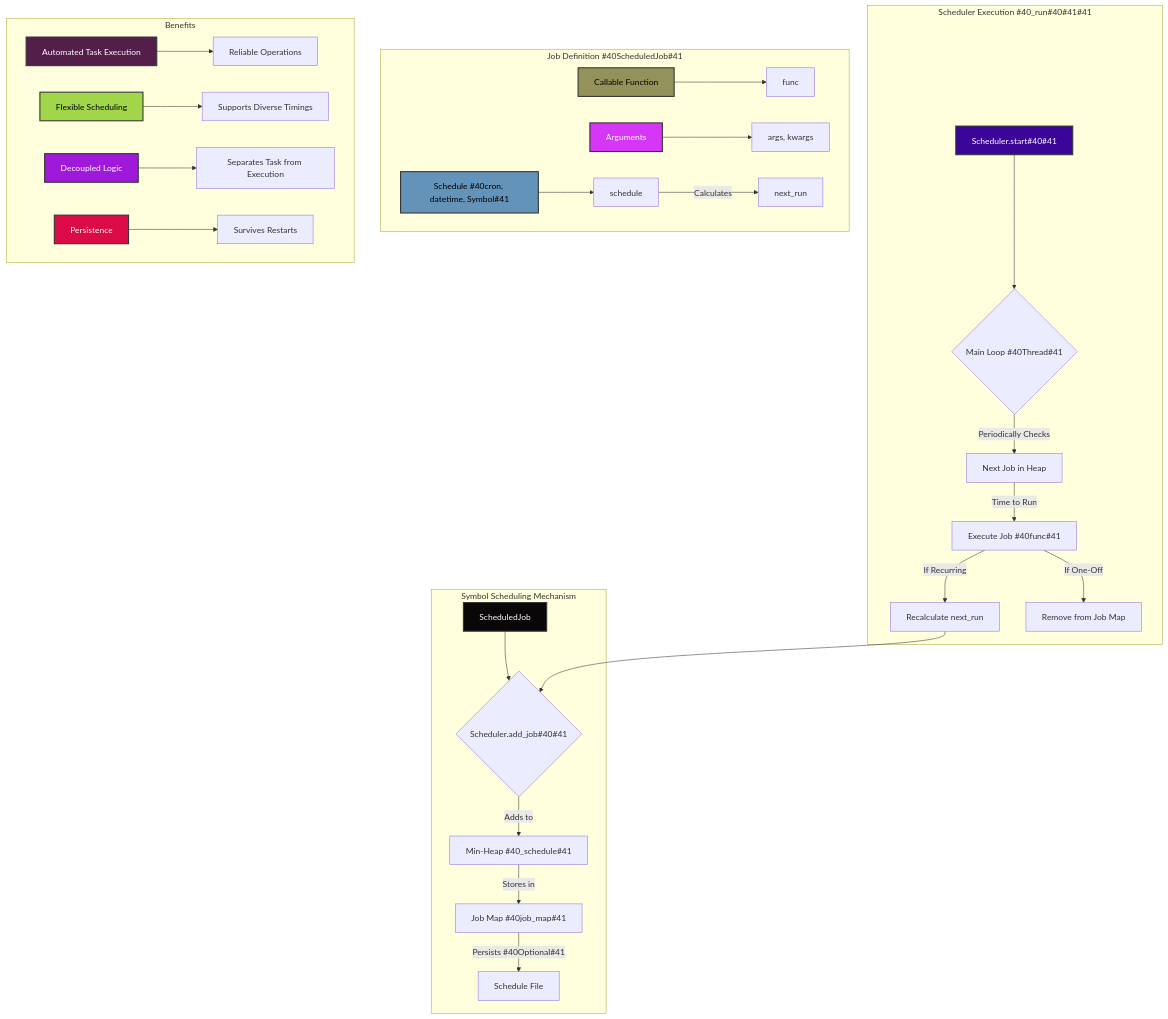
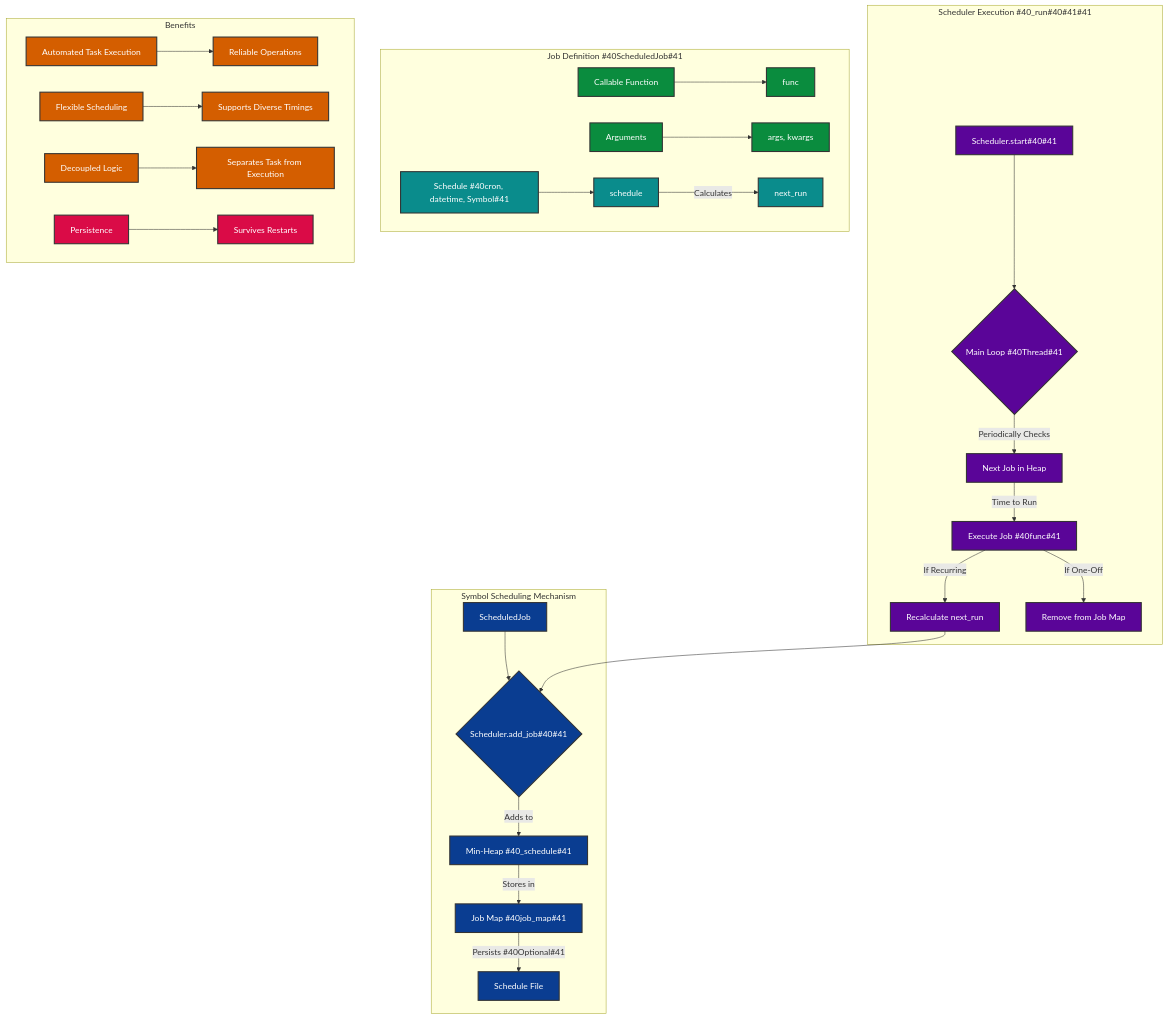
One commit to ikko/sym changed the diagram in docs/readme_details/7_scheduling/scheduling_flow.mmd. Above: the diagram before and after it, drawn with Mermaid. The commit also changed 13 other files, not shown here.

```diff
--- a/docs/readme_details/7_scheduling/scheduling_flow.mmd
+++ b/docs/readme_details/7_scheduling/scheduling_flow.mmd
@@ -1,42 +1,66 @@
-
 graph
     subgraph "Symbol Scheduling Mechanism"
         A[ScheduledJob] --> B{Scheduler.add_job#40#41};
         B -- "Adds to" --> C[Min-Heap #40_schedule#41];
         C -- "Stores in" --> D[Job Map #40job_map#41];
         D -- "Persists #40Optional#41" --> E[Schedule File];
     end
 
     subgraph "Scheduler Execution #40_run#40#41#41"
         F[Scheduler.start#40#41] --> G{Main Loop #40Thread#41};
         G -- "Periodically Checks" --> H[Next Job in Heap];
         H -- "Time to Run" --> I[Execute Job #40func#41];
         I -- "If Recurring" --> J[Recalculate next_run];
         J --> B;
         I -- "If One-Off" --> K[Remove from Job Map];
     end
 
     subgraph "Job Definition #40ScheduledJob#41"
         L[Callable Function] --> M[func];
         N[Arguments] --> O[args, kwargs];
         P[Schedule #40cron, datetime, Symbol#41] --> Q[schedule];
         Q -- "Calculates" --> R[next_run];
     end
 
     subgraph "Benefits"
         S[Automated Task Execution] --> T[Reliable Operations];
         U[Flexible Scheduling] --> V[Supports Diverse Timings];
         W[Decoupled Logic] --> X[Separates Task from Execution];
         Y[Persistence] --> Z[Survives Restarts];
     end
+
+    %% Core Scheduling Mechanism - Dark blue theme
+    style A fill:#0a3d91,stroke:#333,stroke-width:2px,color:#FFFFFF;
+    style B fill:#0a3d91,stroke:#333,stroke-width:2px,color:#FFFFFF;
+    style C fill:#0a3d91,stroke:#333,stroke-width:2px,color:#FFFFFF;
+    style D fill:#0a3d91,stroke:#333,stroke-width:2px,color:#FFFFFF;
+    style E fill:#0a3d91,stroke:#333,stroke-width:2px,color:#FFFFFF;
+    
+    %% Execution Flow - Purple theme
+    style F fill:#5a0598,stroke:#333,stroke-width:2px,color:#FFFFFF;
+    style G fill:#5a0598,stroke:#333,stroke-width:2px,color:#FFFFFF;
+    style H fill:#5a0598,stroke:#333,stroke-width:2px,color:#FFFFFF;
+    style I fill:#5a0598,stroke:#333,stroke-width:2px,color:#FFFFFF;
+    style J fill:#5a0598,stroke:#333,stroke-width:2px,color:#FFFFFF;
+    style K fill:#5a0598,stroke:#333,stroke-width:2px,color:#FFFFFF;
+    
+    %% Job Definition - Green theme
+    style L fill:#0a8c3e,stroke:#333,stroke-width:2px,color:#FFFFFF;
+    style M fill:#0a8c3e,stroke:#333,stroke-width:2px,color:#FFFFFF;
+    style N fill:#0a8c3e,stroke:#333,stroke-width:2px,color:#FFFFFF;
+    style O fill:#0a8c3e,stroke:#333,stroke-width:2px,color:#FFFFFF;
+    
+    %% Schedule-related - Teal theme
+    style P fill:#0a8c8c,stroke:#333,stroke-width:2px,color:#FFFFFF;
+    style Q fill:#0a8c8c,stroke:#333,stroke-width:2px,color:#FFFFFF;
+    style R fill:#0a8c8c,stroke:#333,stroke-width:2px,color:#FFFFFF;
+    
+    %% Benefits - Orange/Red theme
+    style S fill:#d45e00,stroke:#333,stroke-width:2px,color:#FFFFFF;
+    style T fill:#d45e00,stroke:#333,stroke-width:2px,color:#FFFFFF;
+    style U fill:#d45e00,stroke:#333,stroke-width:2px,color:#FFFFFF;
+    style V fill:#d45e00,stroke:#333,stroke-width:2px,color:#FFFFFF;
+    style W fill:#d45e00,stroke:#333,stroke-width:2px,color:#FFFFFF;
+    style X fill:#d45e00,stroke:#333,stroke-width:2px,color:#FFFFFF;
     style Y fill:#da0b47,stroke:#333,stroke-width:2px,color:#FFFFFF;
-
-    style A fill:#0a0709,stroke:#333,stroke-width:2px,color:#FFFFFF;
-    style F fill:#3a0598,stroke:#333,stroke-width:2px,color:#FFFFFF;
-    style L fill:#92925a,stroke:#333,stroke-width:2px,color:#000000;
-    style N fill:#d637f6,stroke:#333,stroke-width:2px,color:#FFFFFF;
-    style P fill:#6393b9,stroke:#333,stroke-width:2px,color:#000000;
-    style S fill:#541e4b,stroke:#333,stroke-width:2px,color:#FFFFFF;
-    style U fill:#a1d64a,stroke:#333,stroke-width:2px,color:#000000;
-    style W fill:#9f19db,stroke:#333,stroke-width:2px,color:#FFFFFF;
-    style Y fill:#da0b47,stroke:#333,stroke-width:2px,color:#FFFFFF;
+    style Z fill:#da0b47,stroke:#333,stroke-width:2px,color:#FFFFFF;
```
